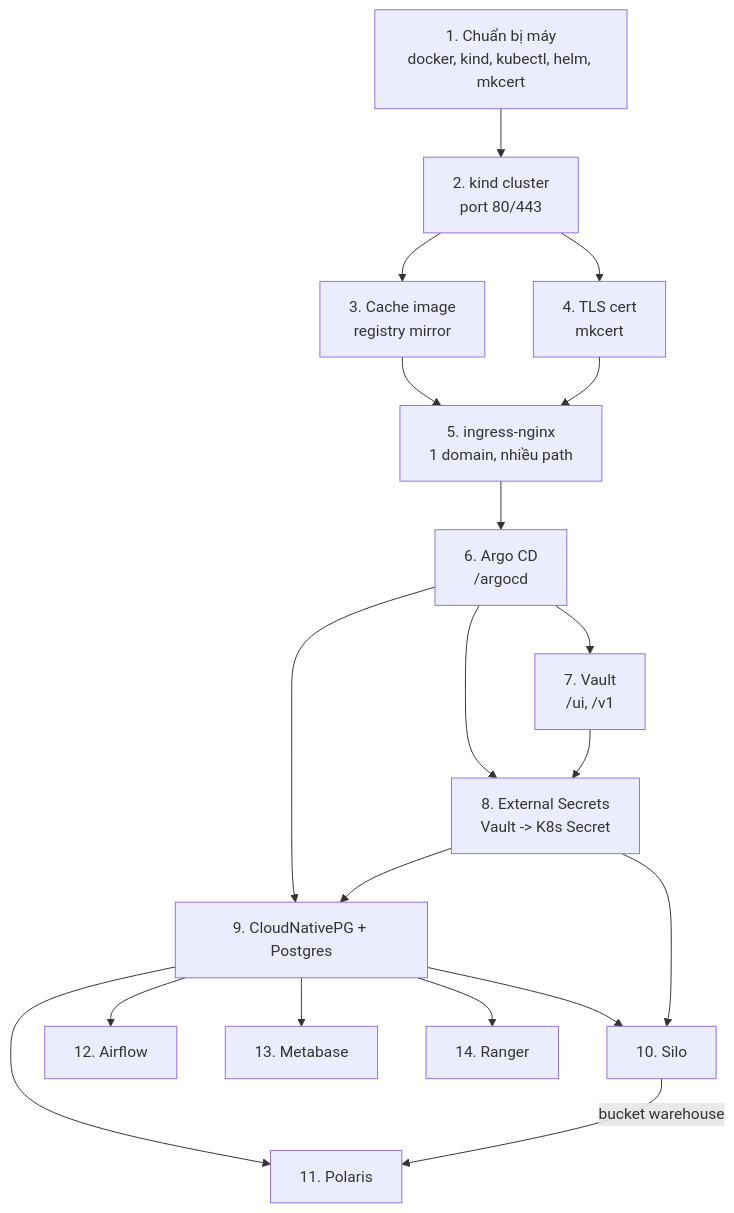
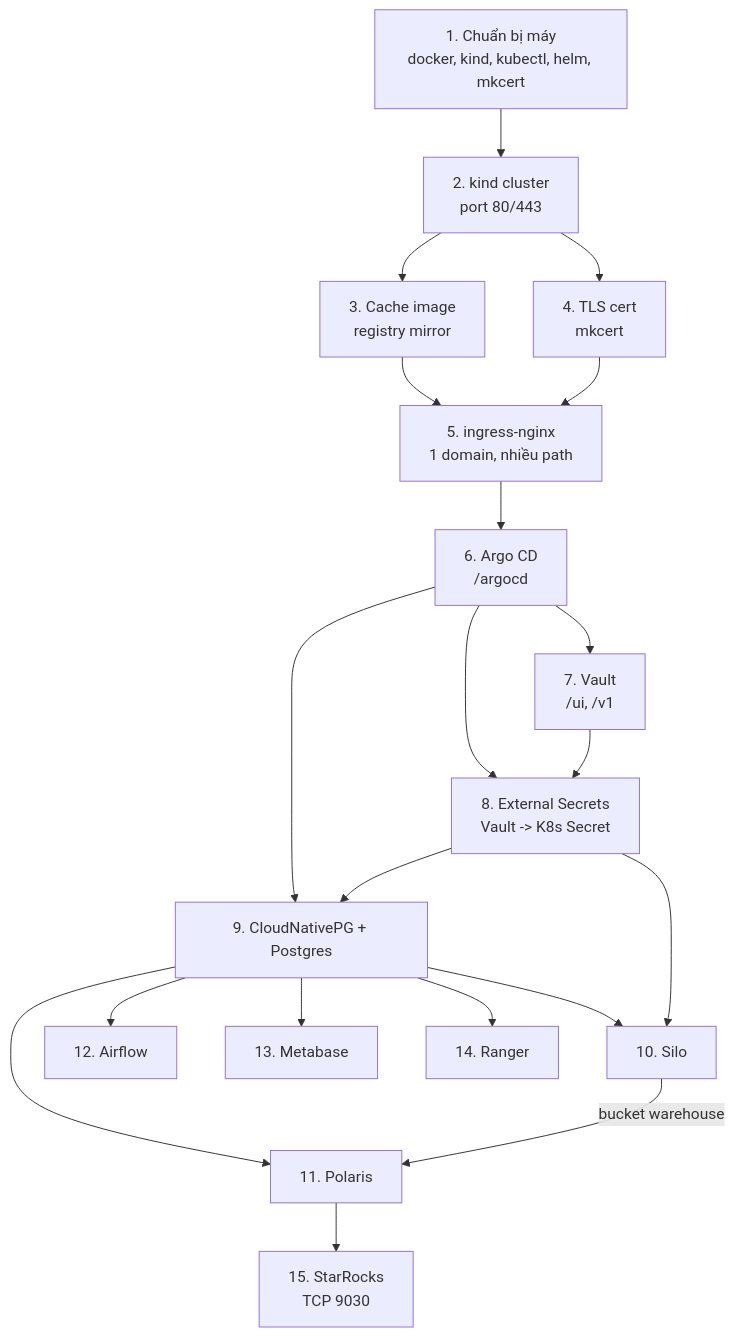
Before and after one commit to viethqb/data-platform-k8s-demo: the diagram in docs/00-overview.md, drawn with Mermaid. The commit also changed other lines of this file and 53 other files, not shown here.

First line of the commit message:
feat: add StarRocks with the egret security-patched FE image

````diff
--- a/docs/00-overview.md
+++ b/docs/00-overview.md
@@ -23,21 +24,22 @@
 ```mermaid
 flowchart TB
   A["1. Chuẩn bị máy<br/>docker, kind, kubectl, helm, mkcert"] --> B["2. kind cluster<br/>port 80/443"]
   B --> C["3. Cache image<br/>registry mirror"]
   B --> D["4. TLS cert<br/>mkcert"]
   C --> E
   D --> E["5. ingress-nginx<br/>1 domain, nhiều path"]
   E --> F["6. Argo CD<br/>/argocd"]
   F --> G["7. Vault<br/>/ui, /v1"]
   F --> H["8. External Secrets<br/>Vault -> K8s Secret"]
   G --> H
   F --> I["9. CloudNativePG + Postgres"]
   H --> I
   I --> J["10. Silo"]
   I --> K["11. Polaris"]
   I --> L["12. Airflow"]
   I --> M["13. Metabase"]
   I --> N["14. Ranger"]
+  K --> O["15. StarRocks<br/>TCP 9030"]
   H --> J
   J -->|"bucket warehouse"| K
 ```
````
